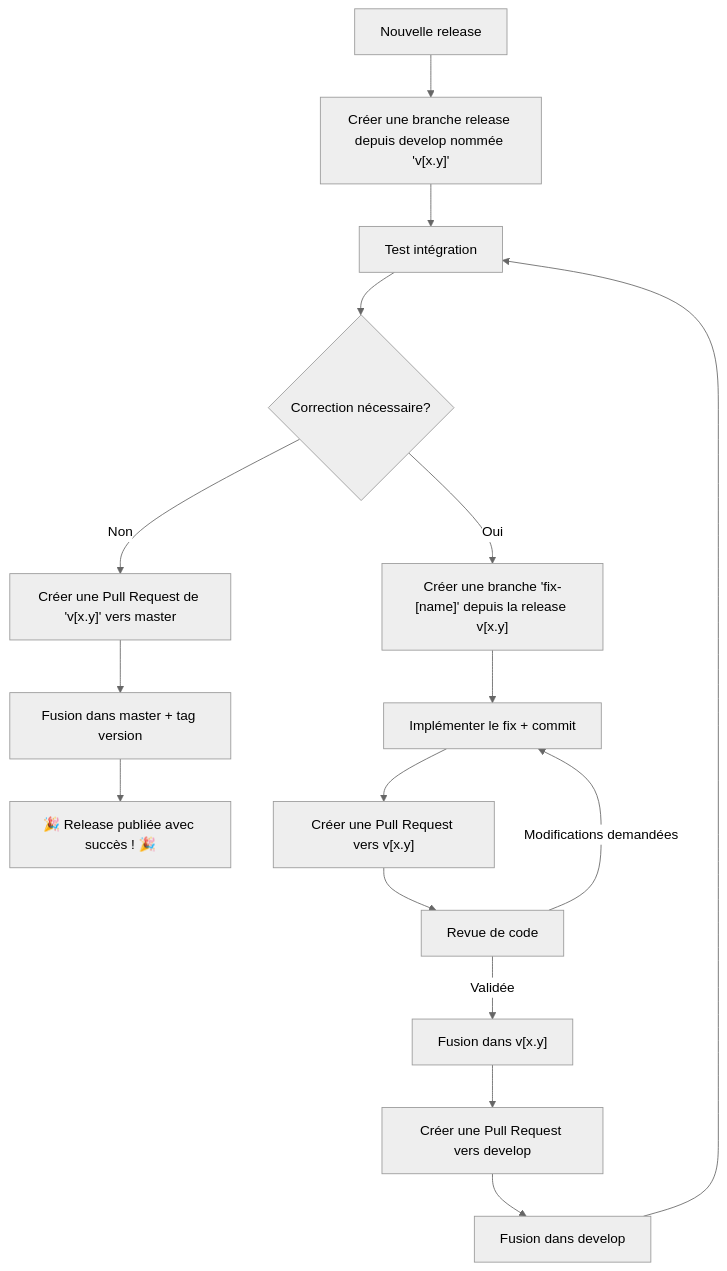
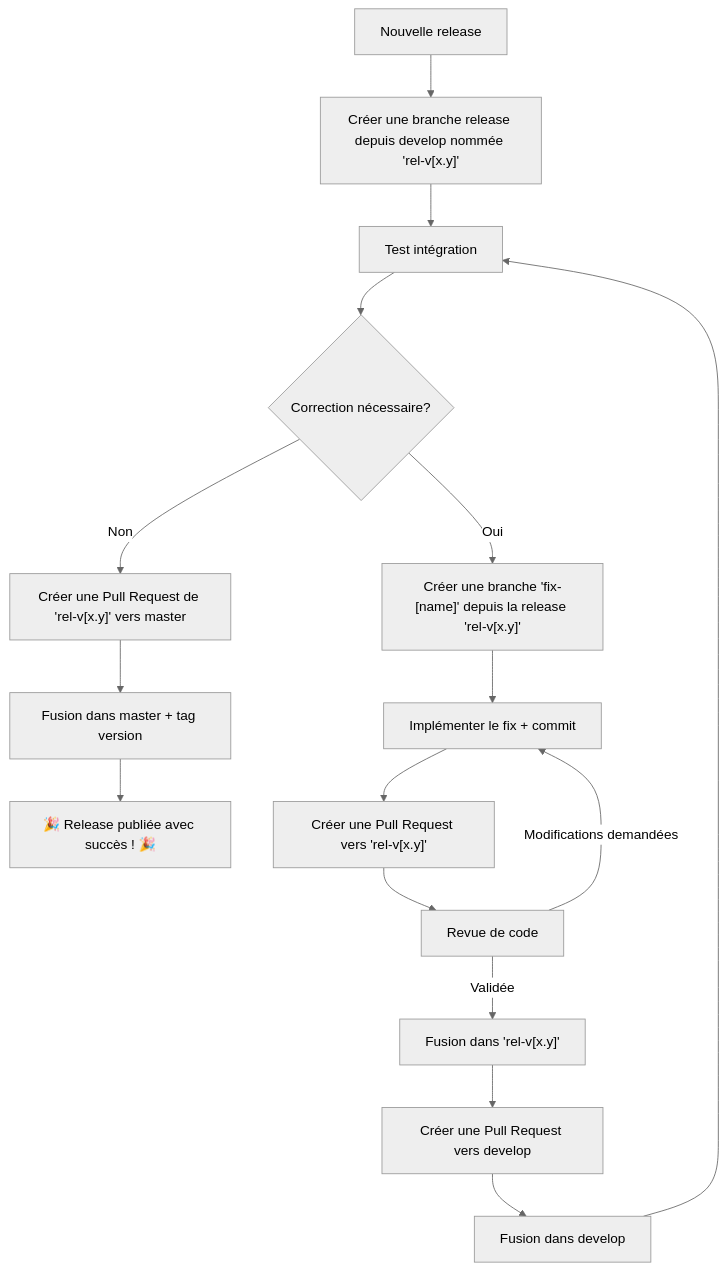
Before and after one commit to Mips2648/jeedom-plugins-docs: the second of 3 diagrams in gitflow.md, drawn with Mermaid (neutral theme). The commit also changed other lines of this file, not shown here.

Commit message:
Clarify GitFlow documentation by specifying branch naming conventions for feature and release branches

````diff
--- a/gitflow.md
+++ b/gitflow.md
@@ -77,21 +77,21 @@
 ```mermaid
 flowchart TD
 
-A[Nouvelle release] --> B["Créer une branche release depuis develop nommée 'v[x.y]'"]
+A[Nouvelle release] --> B["Créer une branche release depuis develop nommée 'rel-v[x.y]'"]
 B --> C[Test intégration]
 C --> D{Correction nécessaire?}
-D -->|Non| X["Créer une Pull Request de 'v[x.y]' vers master"]
+D -->|Non| X["Créer une Pull Request de 'rel-v[x.y]' vers master"]
 
-D -->|Oui| E["Créer une branche 'fix-[name]' depuis la release v[x.y]"]
+D -->|Oui| E["Créer une branche 'fix-[name]' depuis la release 'rel-v[x.y]'"]
 E --> F[Implémenter le fix + commit]
-F --> G["Créer une Pull Request vers v[x.y]"]
+F --> G["Créer une Pull Request vers 'rel-v[x.y]'"]
 G --> H[Revue de code]
 H -->|Modifications demandées| F
-H -->|Validée| J["Fusion dans v[x.y]"]
+H -->|Validée| J["Fusion dans 'rel-v[x.y]'"]
 J -->K["Créer une Pull Request vers develop"]
 K -->L["Fusion dans develop"]
 L-->C
 
 X --> Y[Fusion dans master + tag version]
 Y --> Z["🎉 Release publiée avec succès ! 🎉"]
 ```
````
